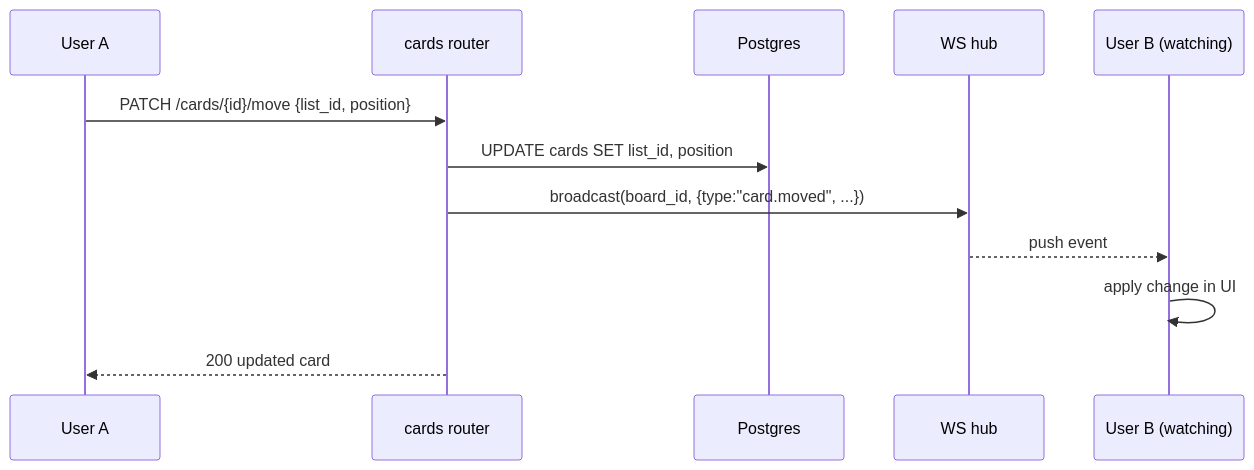
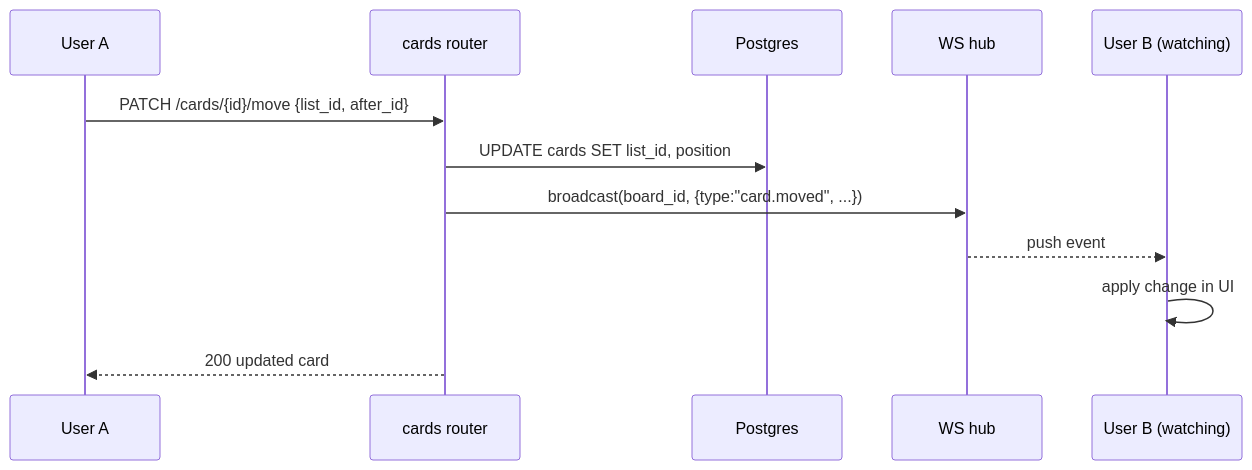
The fifth of 5 diagrams in docs/LLD.md (mittal-saksham/collab-task-board), drawn with Mermaid before and after one commit. The commit also changed other lines of this file and 10 other files, not shown here.

````diff
--- a/docs/LLD.md
+++ b/docs/LLD.md
@@ -207,14 +213,14 @@
 ```mermaid
 sequenceDiagram
     participant A as User A
     participant R as cards router
     participant DB as Postgres
     participant W as WS hub
     participant B as User B (watching)
-    A->>R: PATCH /cards/{id}/move {list_id, position}
+    A->>R: PATCH /cards/{id}/move {list_id, after_id}
     R->>DB: UPDATE cards SET list_id, position
     R->>W: broadcast(board_id, {type:"card.moved", ...})
     W-->>B: push event
     B->>B: apply change in UI
     R-->>A: 200 updated card
 ```
````
